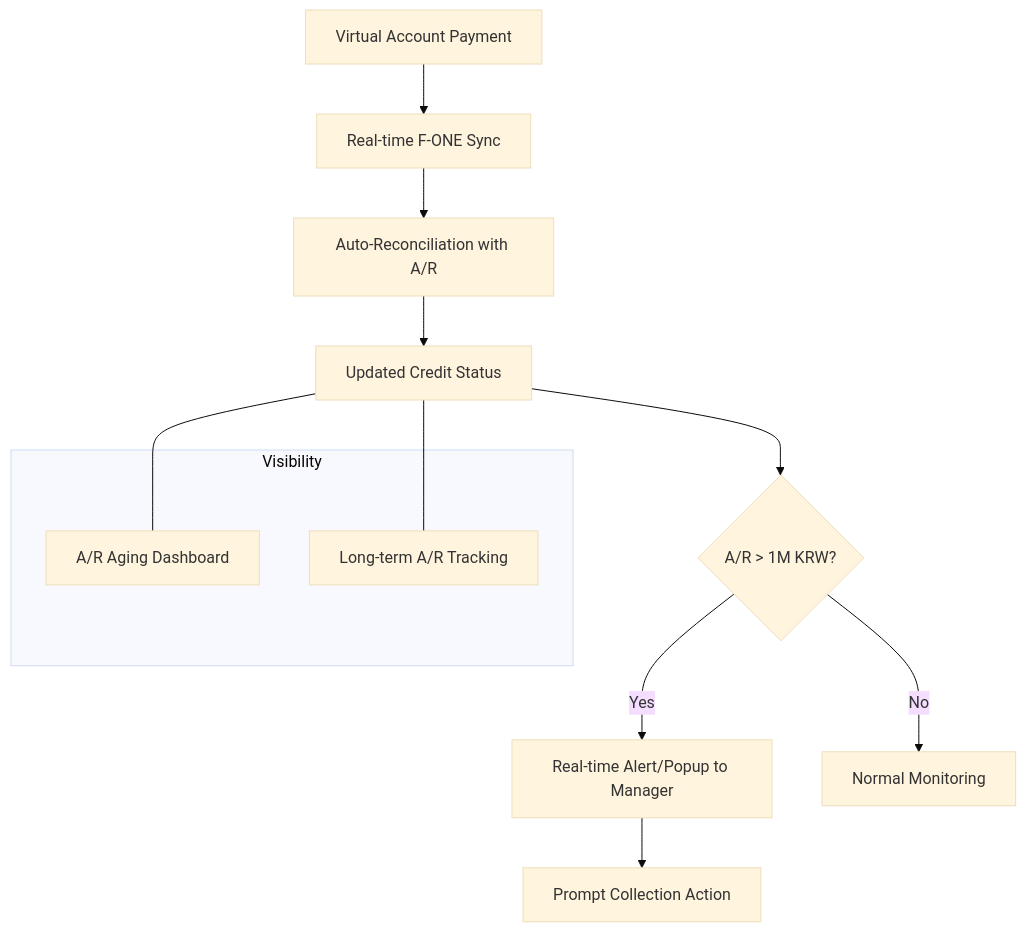
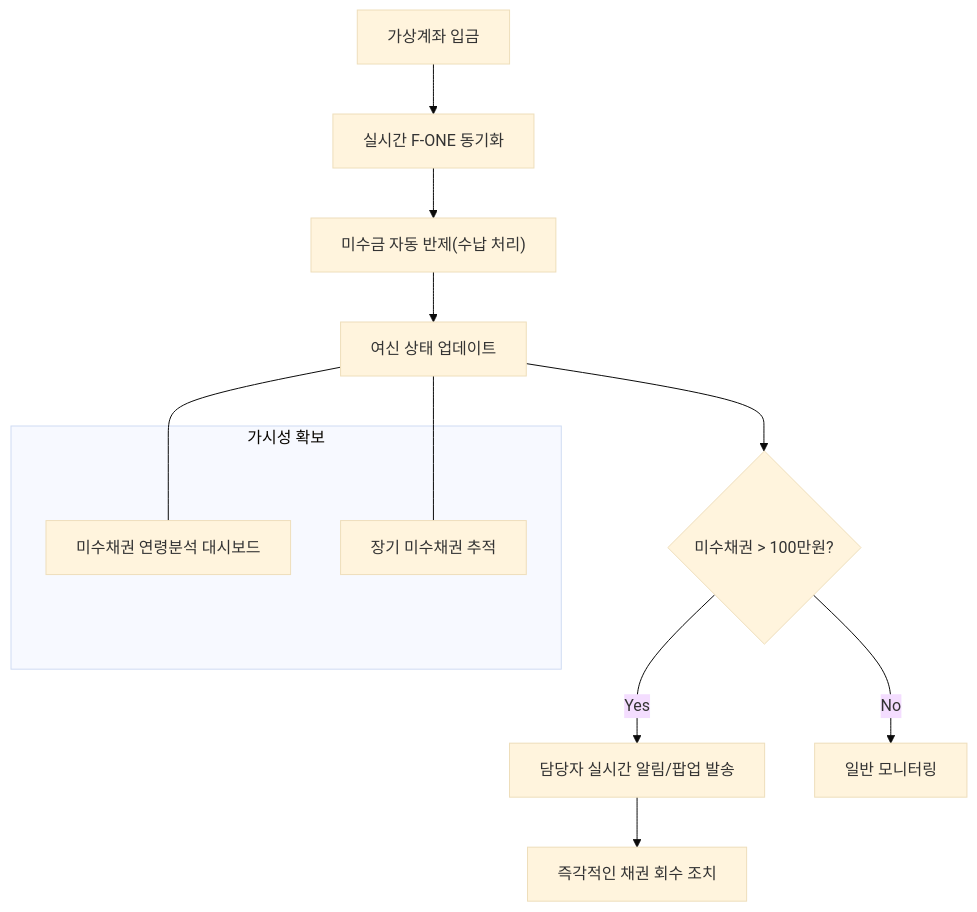
The fourth of 5 diagrams in wiki/sources/SALES_MGMT_TOBE_FLOW.md (sonicsito-pixel/swiki), drawn with Mermaid (base theme) before and after one commit. The commit also changed other lines of this file, not shown here.

Commit message:
Translate Mermaid diagrams to Korean in SALES_MGMT_TOBE_FLOW.md

````diff
--- a/wiki/sources/SALES_MGMT_TOBE_FLOW.md
+++ b/wiki/sources/SALES_MGMT_TOBE_FLOW.md
@@ -101,17 +101,17 @@
 ```mermaid
 graph TD
-    A[Virtual Account Payment] --> B[Real-time F-ONE Sync]
-    B --> C[Auto-Reconciliation with A/R]
-    C --> D[Updated Credit Status]
-    D --> E{"A/R > 1M KRW?"}
-    E -->|Yes| F["Real-time Alert/Popup to Manager"]
-    E -->|No| G[Normal Monitoring]
-    F --> H[Prompt Collection Action]
+    A[가상계좌 입금] --> B[실시간 F-ONE 동기화]
+    B --> C["미수금 자동 반제(수납 처리)"]
+    C --> D[여신 상태 업데이트]
+    D --> E{"미수채권 > 100만원?"}
+    E -->|Yes| F["담당자 실시간 알림/팝업 발송"]
+    E -->|No| G[일반 모니터링]
+    F --> H[즉각적인 채권 회수 조치]
     
-    subgraph "Visibility"
-        I[A/R Aging Dashboard]
-        J[Long-term A/R Tracking]
+    subgraph "가시성 확보"
+        I[미수채권 연령분석 대시보드]
+        J[장기 미수채권 추적]
     end
     D --- I
     D --- J
 ```
````
